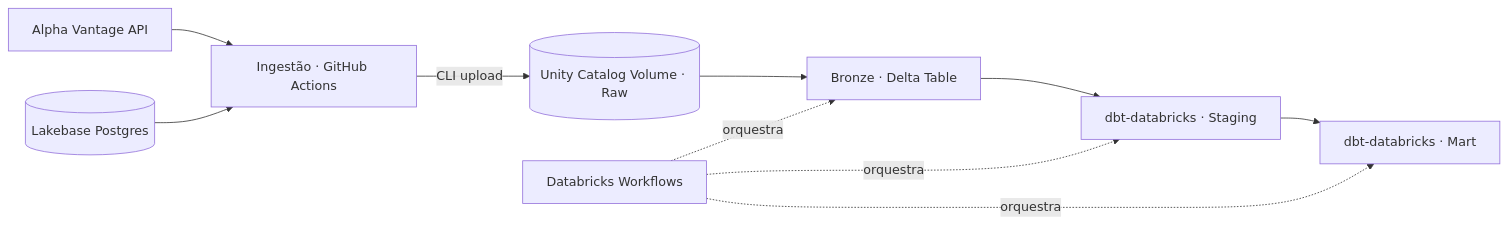
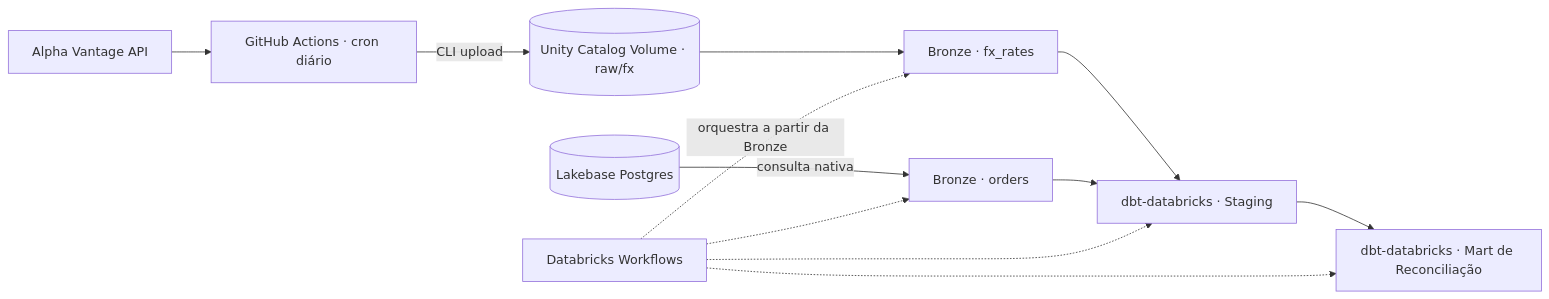
Before and after one commit to Damazordon/Damazordon: the diagram in README.md, drawn with Mermaid. The commit also changed other lines of this file, not shown here.

````diff
--- a/README.md
+++ b/README.md
@@ -24,12 +24,14 @@
 ```mermaid
 flowchart LR
-    A[Alpha Vantage API] --> C[Ingestão · GitHub Actions]
-    B[(Lakebase Postgres)] --> C
-    C -->|CLI upload| D[(Unity Catalog Volume · Raw)]
-    D --> E[Bronze · Delta Table]
-    E --> F[dbt-databricks · Staging]
-    F --> G[dbt-databricks · Mart]
-    H[Databricks Workflows] -.orquestra.-> E
-    H -.orquestra.-> F
-    H -.orquestra.-> G
+    A[Alpha Vantage API] --> AGH[GitHub Actions · cron diário]
+    AGH -->|CLI upload| VOL[(Unity Catalog Volume · raw/fx)]
+    VOL --> BFX[Bronze · fx_rates]
+    LKB[(Lakebase Postgres)] -->|consulta nativa| BORD[Bronze · orders]
+    BFX --> STG[dbt-databricks · Staging]
+    BORD --> STG
+    STG --> MART[dbt-databricks · Mart de Reconciliação]
+    WF[Databricks Workflows] -.orquestra a partir da Bronze.-> BFX
+    WF -.-> BORD
+    WF -.-> STG
+    WF -.-> MART
 ```
````
